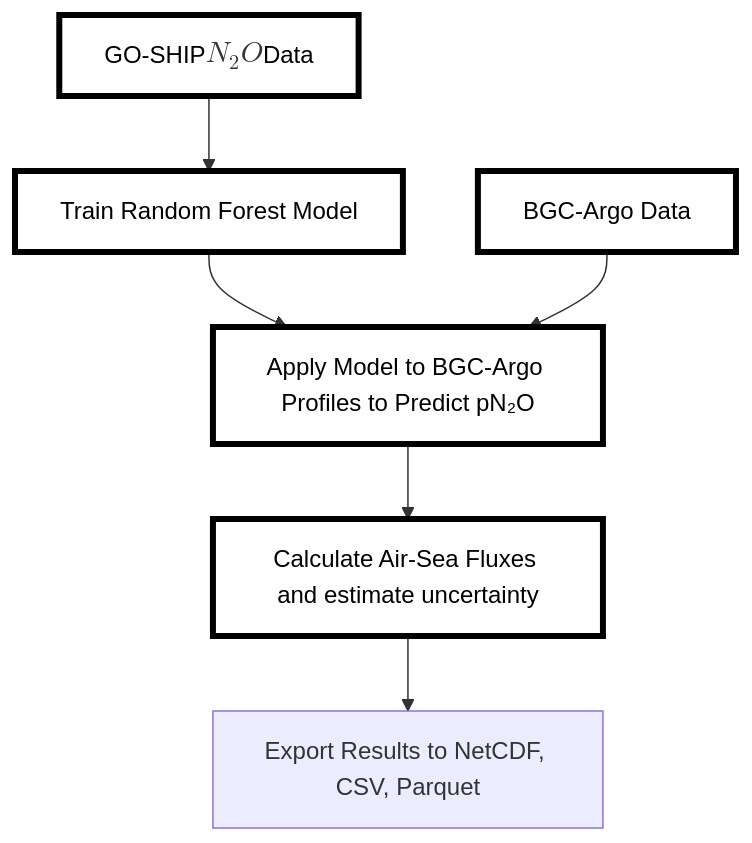
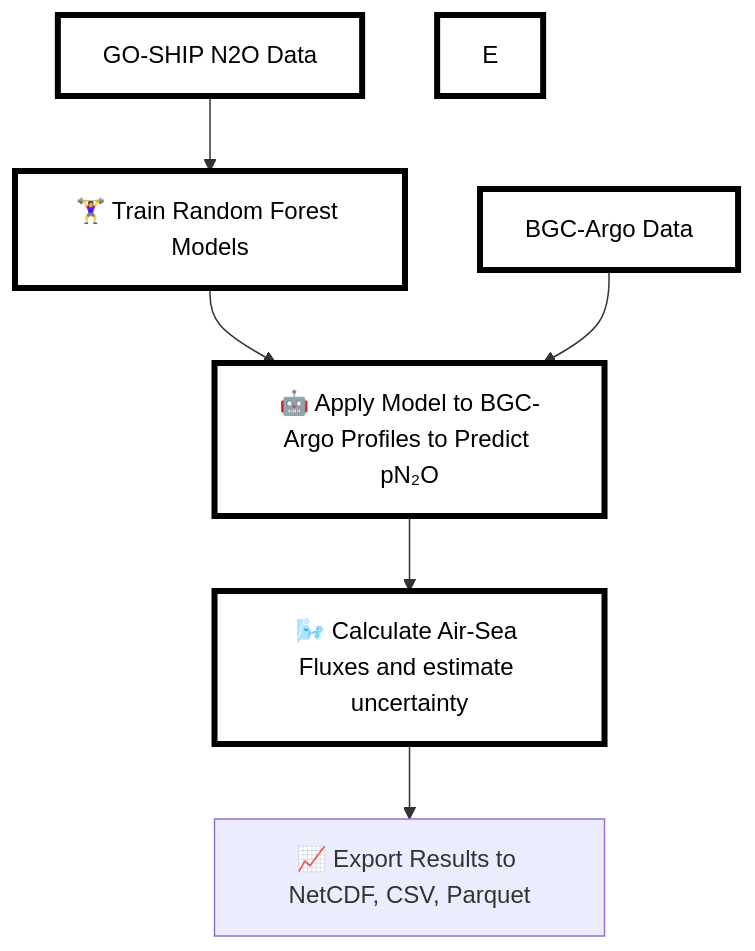
The diagram in README.md (ckelly314/ml-argo-n2o), drawn with Mermaid before and after one commit. The commit also changed other lines of this file, not shown here.

````diff
--- a/README.md
+++ b/README.md
@@ -26,13 +26,14 @@
 ```mermaid
 flowchart TD
-    A["GO-SHIP $$N_2O$$ Data"] --> B["Train Random Forest Model"]
-    B --> C["Apply Model to BGC-Argo Profiles to Predict pN₂O"]
-    C --> D["Calculate Air-Sea Fluxes and estimate uncertainty"]
+    A["GO-SHIP N2O Data"] --> B["🏋️‍♀️ Train Random Forest Models"]
+    B --> C["🤖 Apply Model to BGC-Argo Profiles to Predict pN₂O"]
+    C --> D["🌬️ Calculate Air-Sea Fluxes and estimate uncertainty"]
     n1["BGC-Argo Data"] --> C
-    D --> F["Export Results to NetCDF, CSV, Parquet"]
+    D --> F["📈 Export Results to NetCDF, CSV, Parquet"]
     style A color:#000000,fill:#FFFFFF,stroke-width:4px,stroke-dasharray: 0,stroke:#000000
     style B color:#000000,fill:#FFFFFF,stroke-width:4px,stroke-dasharray: 0,stroke:#000000
     style C color:#000000,fill:#FFFFFF,stroke-width:4px,stroke-dasharray: 0,stroke:#000000
     style D color:#000000,fill:#FFFFFF,stroke-width:4px,stroke-dasharray: 0,stroke:#000000
+    style E color:#000000,fill:#FFFFFF,stroke-width:4px,stroke-dasharray: 0,stroke:#000000
     style n1 color:#000000,fill:#FFFFFF,stroke-width:4px,stroke-dasharray: 0,stroke:#000000
 ```
````
